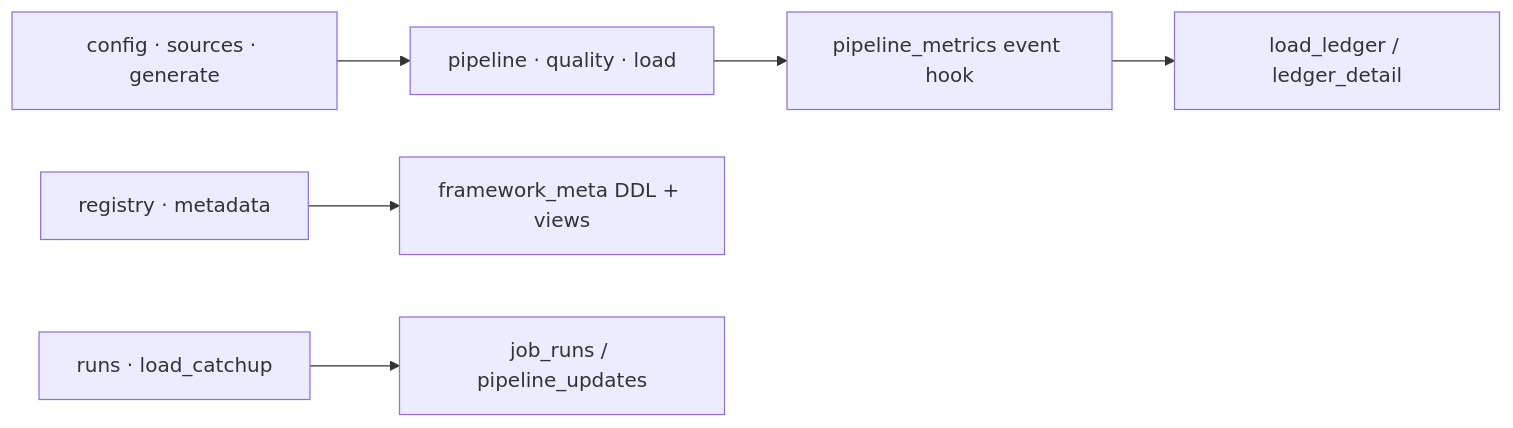
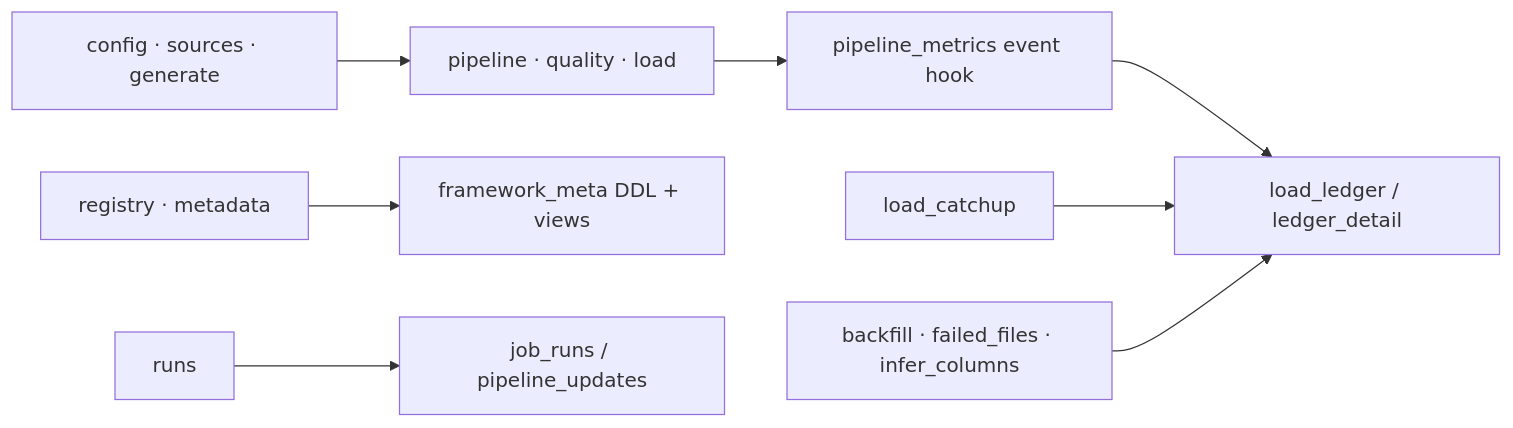
Before and after one commit to NitinKeshavB/framework: the diagram in framework_lff_lib/README.md, drawn with Mermaid. The commit also changed other lines of this file and 17 other files, not shown here.

````diff
--- a/framework_lff_lib/README.md
+++ b/framework_lff_lib/README.md
@@ -5,8 +5,10 @@
 ```mermaid
 flowchart LR
   config["config · sources · generate"] --> pipeline["pipeline · quality · load"]
   pipeline --> hook["pipeline_metrics event hook"]
   hook --> ledger["load_ledger / ledger_detail"]
   registry["registry · metadata"] --> meta["framework_meta DDL + views"]
-  runs["runs · load_catchup"] --> jobRuns["job_runs / pipeline_updates"]
+  runs["runs"] --> jobRuns["job_runs / pipeline_updates"]
+  catchup["load_catchup"] --> ledger
+  ops["backfill · failed_files · infer_columns"] --> ledger
 ```
````
